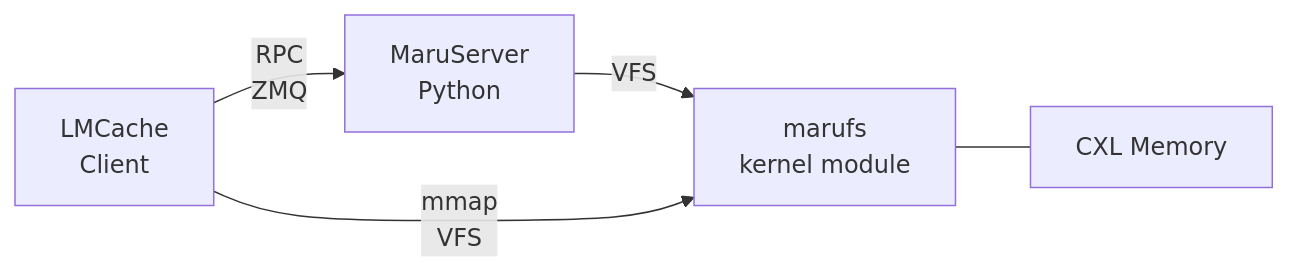
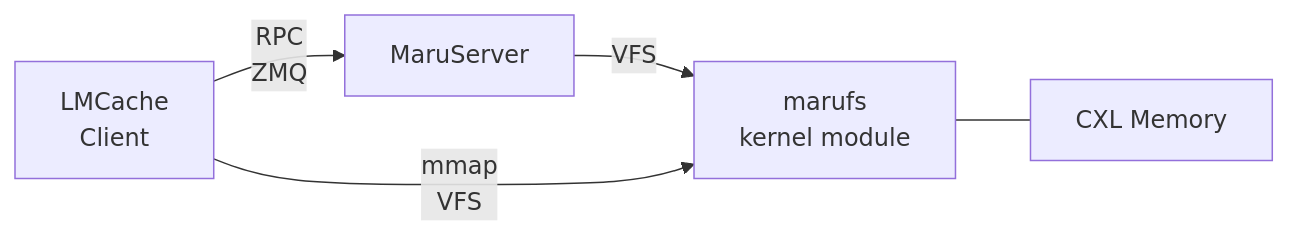
One commit to xcena-dev/maru changed the second of 7 diagrams in docs/source/design_doc/maru_fs.md. Above: the diagram before and after it, drawn with Mermaid. The commit also changed other lines of this file, not shown here.

````diff
--- a/docs/source/design_doc/maru_fs.md
+++ b/docs/source/design_doc/maru_fs.md
@@ -40,7 +35,7 @@
 ```mermaid
 graph LR
-    A[LMCache<br/>Client] -->|RPC<br/>ZMQ| B[MaruServer<br/>Python]
+    A[LMCache<br/>Client] -->|RPC<br/>ZMQ| B[MaruServer]
     B -->|VFS| C[marufs<br/>kernel module]
     C --- D[CXL Memory]
     A -->|mmap<br/>VFS| C
 ```
````
